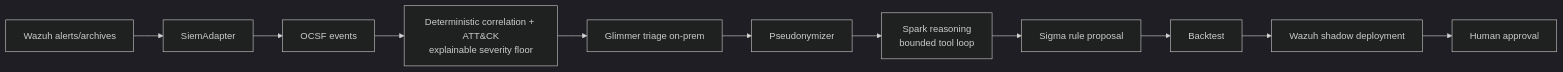
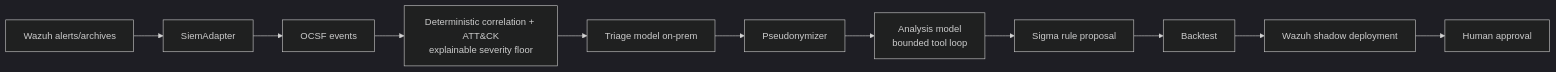
One commit to Ekos-Cyber-Labs/Project-Corvus changed the first of 2 diagrams in README.md. Above: the diagram before and after it, drawn with Mermaid (dark theme). The commit also changed other lines of this file and 3 other files, not shown here.

````diff
--- a/README.md
+++ b/README.md
@@ -13,13 +15,13 @@
 ```mermaid
 flowchart LR
     W[Wazuh alerts/archives] --> S[SiemAdapter]
     S --> O[OCSF events]
     O --> C[Deterministic correlation + ATT&CK<br/>explainable severity floor]
-    C --> G[Glimmer triage on-prem]
+    C --> G[Triage model on-prem]
     G --> P[Pseudonymizer]
-    P --> R[Spark reasoning<br/>bounded tool loop]
+    P --> R[Analysis model<br/>bounded tool loop]
     R --> Sigma[Sigma rule proposal]
     Sigma --> B[Backtest]
     B --> SH[Wazuh shadow deployment]
     SH --> H[Human approval]
 ```
````
